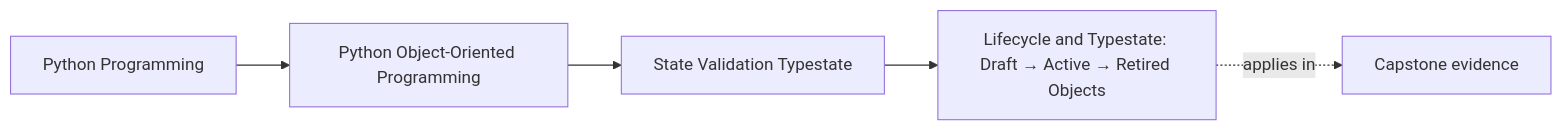
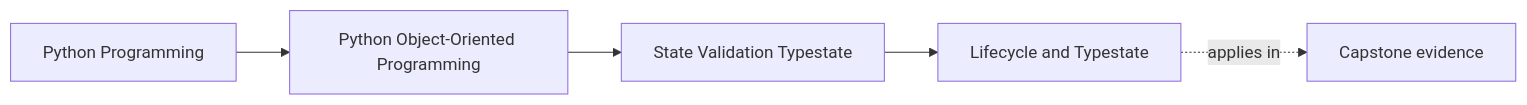
The first of 2 diagrams in programs/python-programming/python-object-oriented-programming/course-book/module-03-state-validation-typestate/lifecycle-and-typestate.md (bijux/bijux-masterclass), drawn with Mermaid before and after one commit. The commit also changed other lines of this file, not shown here.

Commit message:
docs(oop): connect object lifecycle to legal operations

````diff
--- a/programs/python-programming/python-object-oriented-programming/course-book/module-03-state-validation-typestate/lifecycle-and-typestate.md
+++ b/programs/python-programming/python-object-oriented-programming/course-book/module-03-state-validation-typestate/lifecycle-and-typestate.md
@@ -7,11 +6,11 @@
 ```mermaid
 graph LR
   family["Python Programming"]
   program["Python Object-Oriented Programming"]
   section["State Validation Typestate"]
-  page["Lifecycle and Typestate: Draft → Active → Retired Objects"]
+  page["Lifecycle and Typestate"]
   capstone["Capstone evidence"]
 
   family --> program --> section --> page
   page -.applies in.-> capstone
 ```
````
